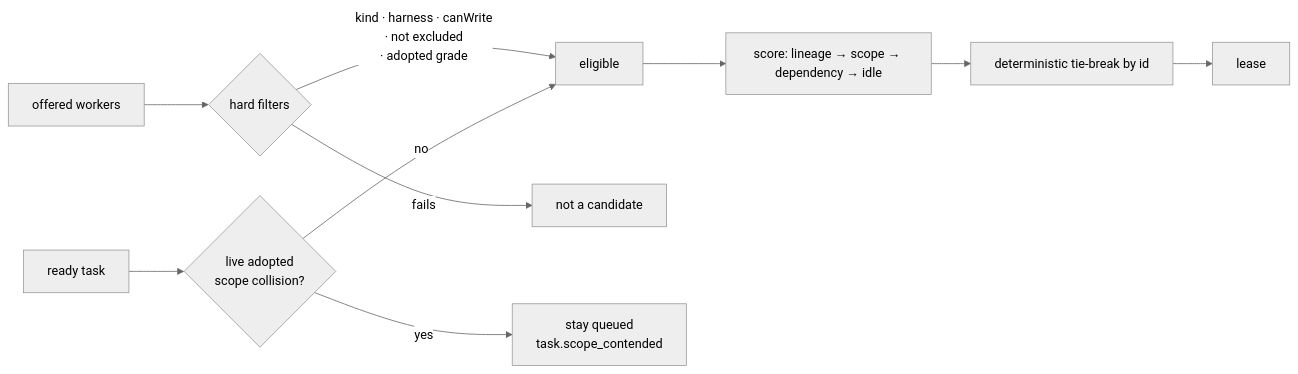
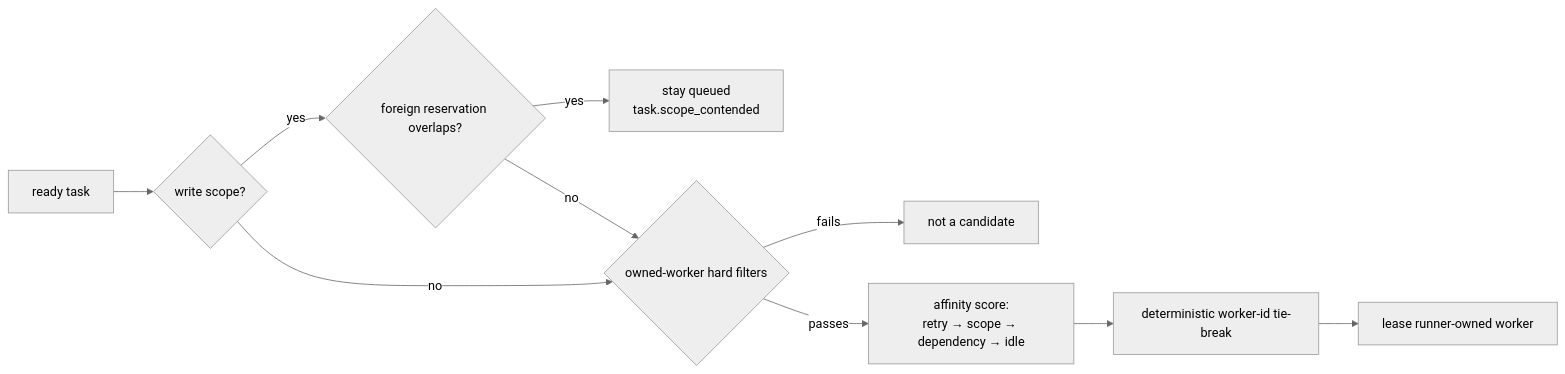
Before and after one commit to Volpestyle/clankie: the diagram in docs/adr/0079-routing-prefers-the-worker-that-already-holds-the-context.md, drawn with Mermaid (neutral theme). The commit also changed other lines of this file and 33 other files, not shown here.

````diff
--- a/docs/adr/0079-routing-prefers-the-worker-that-already-holds-the-context.md
+++ b/docs/adr/0079-routing-prefers-the-worker-that-already-holds-the-context.md
@@ -41,12 +27,12 @@
 ```mermaid
 flowchart LR
-  W[offered workers] --> H{hard filters}
-  H -->|kind · harness · canWrite<br/>· not excluded<br/>· adopted grade| E[eligible]
+  T[ready task] --> Q{write scope?}
+  Q -->|yes| F{foreign reservation overlaps?}
+  F -->|yes| S["stay queued<br/>task.scope_contended"]
+  F -->|no| H
+  Q -->|no| H{owned-worker hard filters}
   H -->|fails| X[not a candidate]
-  T[ready task] --> B{live adopted<br/>scope collision?}
-  B -->|yes| S["stay queued<br/>task.scope_contended"]
-  B -->|no| E
-  E --> R["score: lineage → scope → dependency → idle"]
-  R --> D["deterministic tie-break by id"]
-  D --> L[lease]
+  H -->|passes| A["affinity score:<br/>retry → scope → dependency → idle"]
+  A --> D[deterministic worker-id tie-break]
+  D --> L[lease runner-owned worker]
 ```
````
